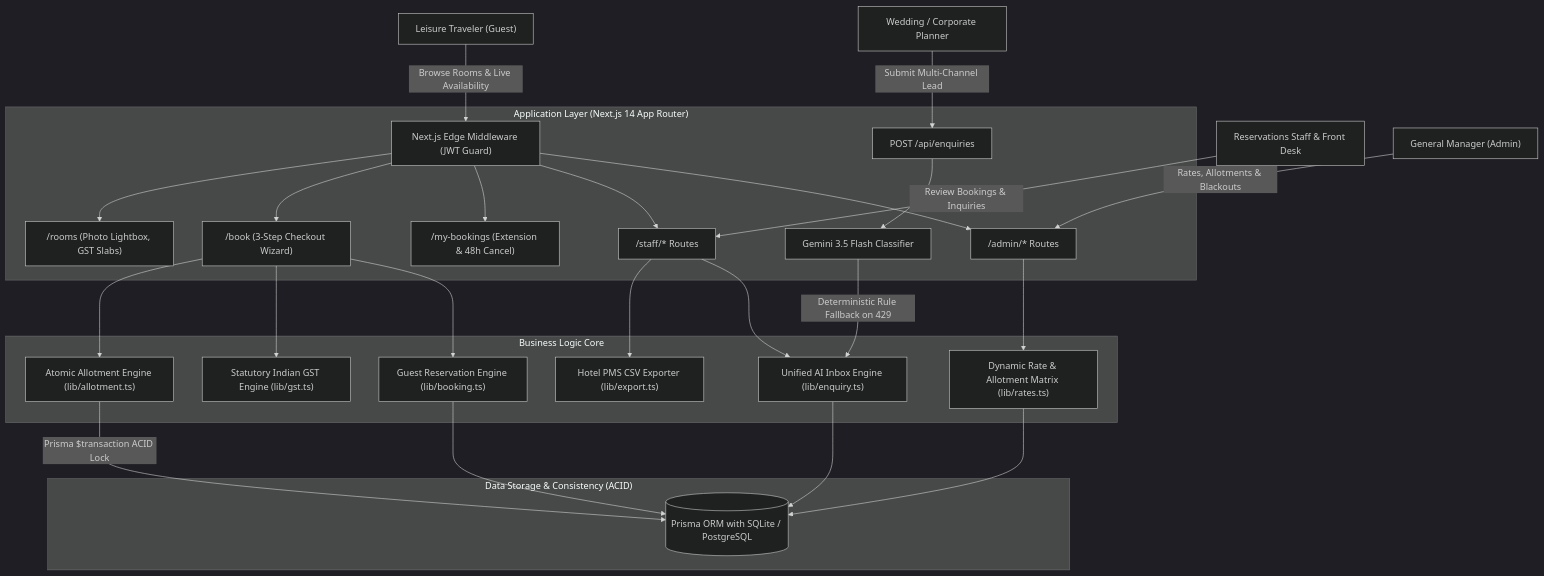
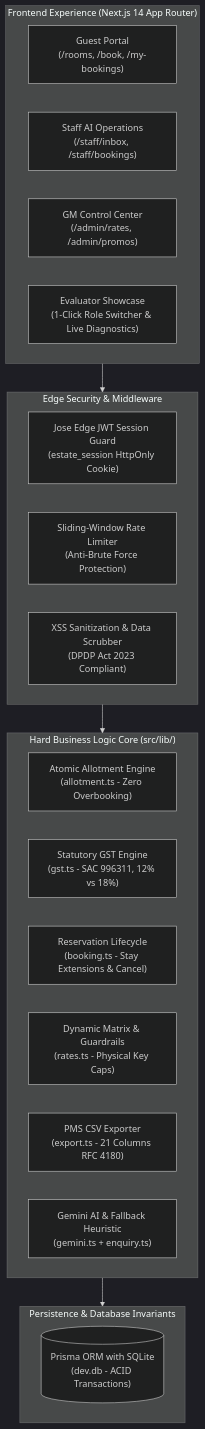
One commit to Dinakarluffy/the-estate-resort changed the first of 3 diagrams in TDD.md. Above: the diagram before and after it, drawn with Mermaid (dark theme). The commit also changed other lines of this file and 8 other files, not shown here.

````diff
--- a/TDD.md
+++ b/TDD.md
@@ -41,43 +63,32 @@
 ```mermaid
 flowchart TD
-    Guest["Leisure Traveler (Guest)"] -->|Browse Rooms & Live Availability| EdgeMW["Next.js Edge Middleware (JWT Guard)"]
-    Planner["Wedding / Corporate Planner"] -->|Submit Multi-Channel Lead| IngestAPI["POST /api/enquiries"]
-    Staff["Reservations Staff & Front Desk"] -->|Review Bookings & Inquiries| StaffRoutes["/staff/* Routes"]
-    GM["General Manager (Admin)"] -->|Rates, Allotments & Blackouts| AdminRoutes["/admin/* Routes"]
-
-    subgraph "Application Layer (Next.js 14 App Router)"
-        EdgeMW --> RoomsUI["/rooms (Photo Lightbox, GST Slabs)"]
-        EdgeMW --> BookUI["/book (3-Step Checkout Wizard)"]
-        EdgeMW --> MyBookingsUI["/my-bookings (Extension & 48h Cancel)"]
-        EdgeMW --> StaffRoutes
-        EdgeMW --> AdminRoutes
-
-        IngestAPI --> GeminiRouter["Gemini 3.5 Flash Classifier"]
+    subgraph ClientLayer["Frontend Experience (Next.js 14 App Router)"]
+        GuestView["Guest Portal\n(/rooms, /book, /my-bookings)"]
+        StaffView["Staff AI Operations\n(/staff/inbox, /staff/bookings)"]
+        AdminView["GM Control Center\n(/admin/rates, /admin/promos)"]
+        EvalToolbar["Evaluator Showcase\n(1-Click Role Switcher & Live Diagnostics)"]
     end
 
-    subgraph "Business Logic Core"
-        AllotmentEng["Atomic Allotment Engine (lib/allotment.ts)"]
-        GstEng["Statutory Indian GST Engine (lib/gst.ts)"]
-        BookingEng["Guest Reservation Engine (lib/booking.ts)"]
-        RatesEng["Dynamic Rate & Allotment Matrix (lib/rates.ts)"]
-        PmsEng["Hotel PMS CSV Exporter (lib/export.ts)"]
-        AiEng["Unified AI Inbox Engine (lib/enquiry.ts)"]
+    subgraph SecurityLayer["Edge Security & Middleware"]
+        EdgeAuth["Jose Edge JWT Session Guard\n(estate_session HttpOnly Cookie)"]
+        RateLimiter["Sliding-Window Rate Limiter\n(Anti-Brute Force Protection)"]
+        Sanitizer["XSS Sanitization & Data Scrubber\n(DPDP Act 2023 Compliant)"]
     end
 
-    subgraph "Data Storage & Consistency (ACID)"
-        DB[("Prisma ORM with SQLite / PostgreSQL")]
+    subgraph BusinessLogic["Hard Business Logic Core (src/lib/)"]
+        AllotmentEng["Atomic Allotment Engine\n(allotment.ts - Zero Overbooking)"]
+        GstEng["Statutory GST Engine\n(gst.ts - SAC 996311, 12% vs 18%)"]
+        BookingEng["Reservation Lifecycle\n(booking.ts - Stay Extensions & Cancel)"]
+        RatesEng["Dynamic Matrix & Guardrails\n(rates.ts - Physical Key Caps)"]
+        PmsEng["PMS CSV Exporter\n(export.ts - 21 Columns RFC 4180)"]
+        AiRouter["Gemini AI & Fallback Heuristic\n(gemini.ts + enquiry.ts)"]
     end
 
-    BookUI --> AllotmentEng
-    BookUI --> GstEng
-    BookUI --> BookingEng
-    AdminRoutes --> RatesEng
-    StaffRoutes --> PmsEng
-    StaffRoutes --> AiEng
+    subgraph StorageLayer["Persistence & Database Invariants"]
+        DB[("Prisma ORM with SQLite\n(dev.db - ACID Transactions)")]
+    end
 
-    AllotmentEng -->|Prisma $transaction ACID Lock| DB
-    RatesEng --> DB
-    BookingEng --> DB
-    AiEng --> DB
-    GeminiRouter -->|Deterministic Rule Fallback on 429| AiEng
+    ClientLayer --> SecurityLayer
+    SecurityLayer --> BusinessLogic
+    BusinessLogic --> StorageLayer
 ```
````
